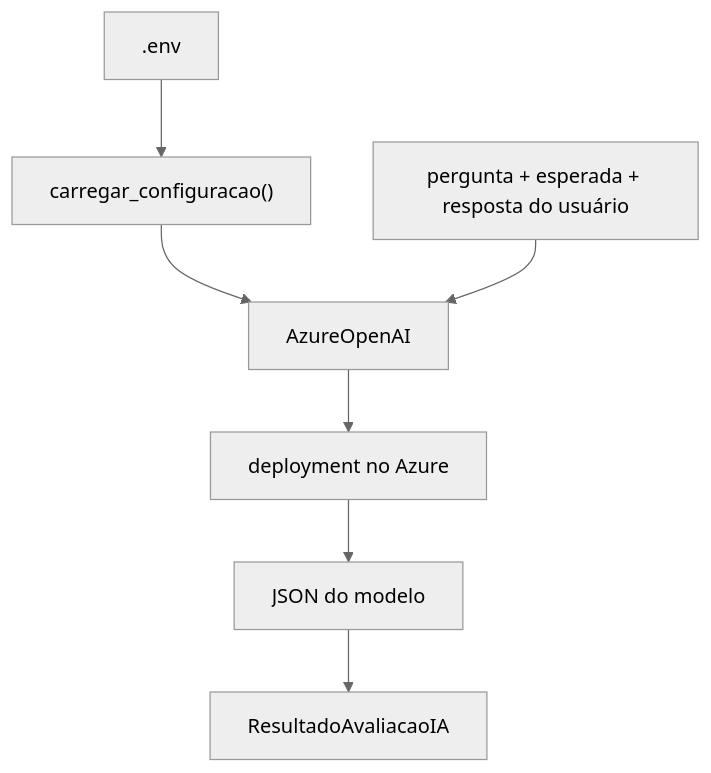
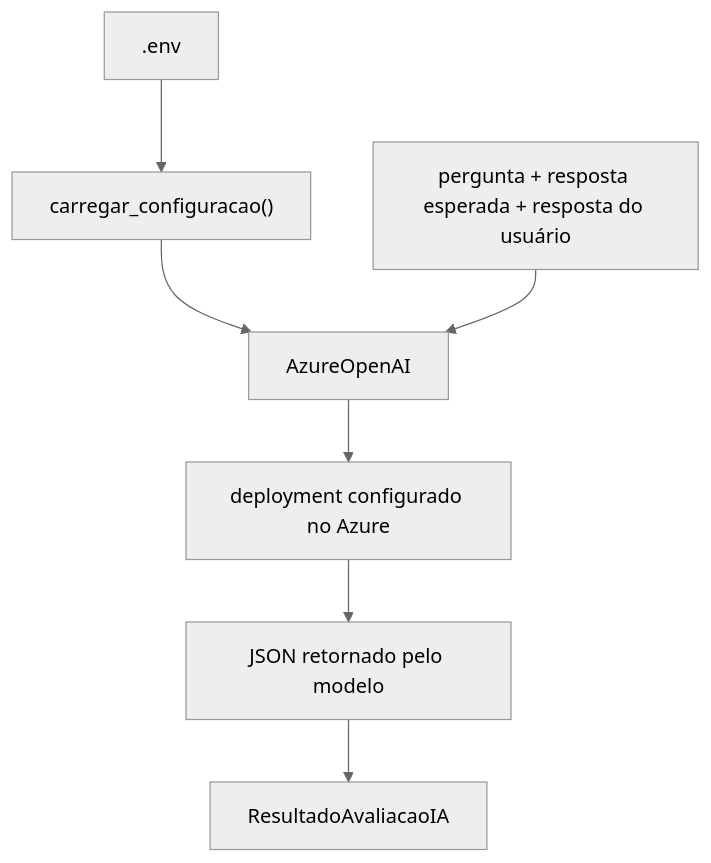
Before and after one commit to cidade-felipe/did-it-understand: the third of 3 diagrams in documentation.md, drawn with Mermaid (neutral theme). The commit also changed other lines of this file, not shown here.

````diff
--- a/documentation.md
+++ b/documentation.md
@@ -330,17 +324,17 @@
 ```mermaid
 flowchart TD
     env[".env"]
     config["carregar_configuracao()"]
     cliente["AzureOpenAI"]
-    prompt["pergunta + esperada + resposta do usuário"]
-    modelo["deployment no Azure"]
-    json["JSON do modelo"]
+    prompt["pergunta + resposta esperada + resposta do usuário"]
+    modelo["deployment configurado no Azure"]
+    json["JSON retornado pelo modelo"]
     resultado["ResultadoAvaliacaoIA"]
 
     env --> config
     config --> cliente
     prompt --> cliente
     cliente --> modelo
     modelo --> json
     json --> resultado
 ```
````
